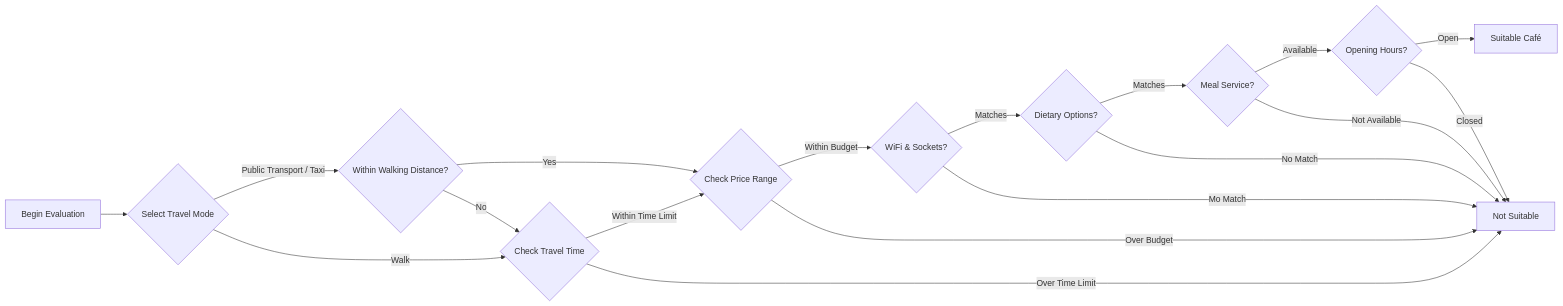
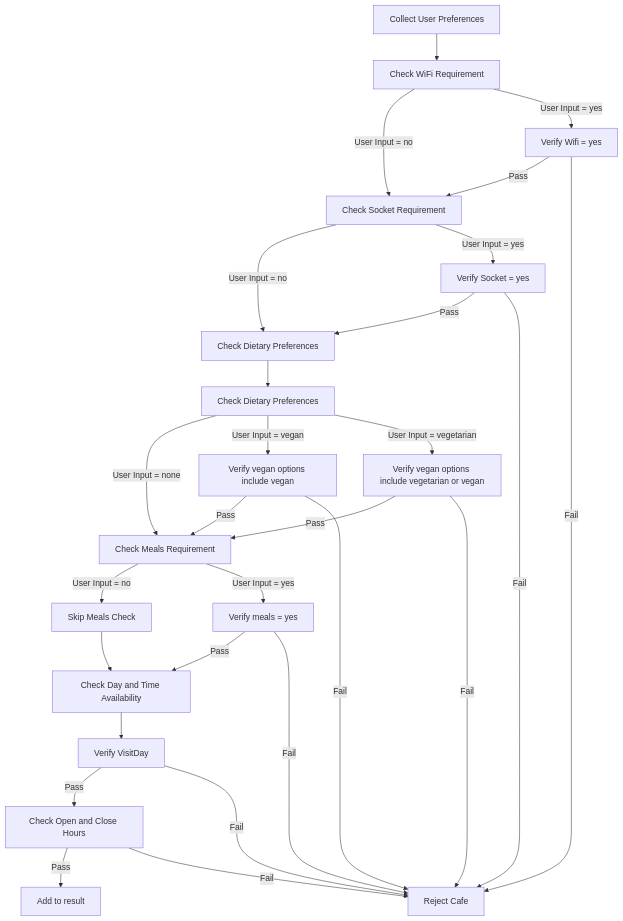
Before and after one commit to ddanakim0304/Prolog-cafe-finder: the diagram in README.md, drawn with Mermaid.

Commit message:
Update mermaid graph in README.md

````diff
--- a/README.md
+++ b/README.md
@@ -7,21 +7,40 @@
 ```mermaid
-flowchart LR
-    A[Begin Evaluation] --> B{Select Travel Mode}
-    B -->|Public Transport / Taxi| C{Within Walking Distance?}
-    B -->|Walk| D{Check Travel Time}
-    C -->|Yes| E{Check Price Range}
-    C -->|No| D
-    D -->|Within Time Limit| E
-    D -->|Over Time Limit| F[Not Suitable]
-    E -->|Within Budget| G{WiFi & Sockets?}
-    E -->|Over Budget| F
-    G -->|Matches| H{Dietary Options?}
-    G -->|Mo Match| F
-    H -->|Matches| I{Meal Service?}
-    H -->|No Match| F
-    I -->|Available| J{Opening Hours?}
-    I -->|Not Available| F
-    J -->|Open| K[Suitable Café]
-    J -->|Closed| F
+flowchart TD
+    %% WiFi Check
+    B[Collect User Preferences] --> C[Check WiFi Requirement]
+    C -->|User Input = no| D[Check Socket Requirement]
+    C -->|User Input = yes| C2[Verify Wifi = yes]
+    C2 -->|Pass| D
+    C2 -->|Fail| Z[Reject Cafe]
+
+    %% Socket Check
+    D -->|User Input = no| F[Check Dietary Preferences]
+    D -->|User Input = yes| E2[Verify Socket = yes]
+    E2 -->|Pass| F
+    E2 -->|Fail| Z
+
+    %% Dietary Check
+    F --> G[Check Dietary Preferences]
+    G -->|User Input = none| H[Check Meals Requirement]
+    G -->|User Input = vegan| G2[Verify vegan options include vegan]
+    G -->|User Input = vegetarian| G3[Verify vegan options include vegetarian or vegan]
+    G2 -->|Pass| H
+    G2 -->|Fail| Z
+    G3 -->|Pass| H
+    G3 -->|Fail| Z
+
+    %% Meals Requirement
+    H -->|User Input = no| I1[Skip Meals Check]
+    H -->|User Input = yes| I2[Verify meals = yes]
+    I1 --> J[Check Day and Time Availability]
+    I2 -->|Pass| J
+    I2 -->|Fail| Z
+
+    %% Time Availability
+    J --> K1[Verify VisitDay]
+    K1 -->|Pass| K2[Check Open and Close Hours]
+    K2 -->|Pass| L[Add to result]
+    K2 -->|Fail| Z
+    K1 -->|Fail| Z
 
 ```
````
